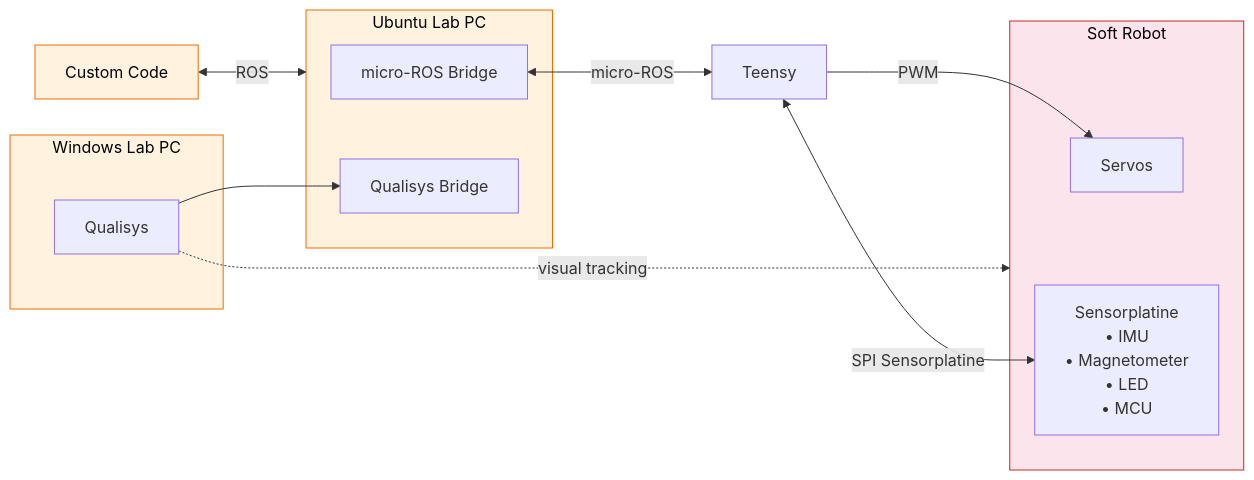
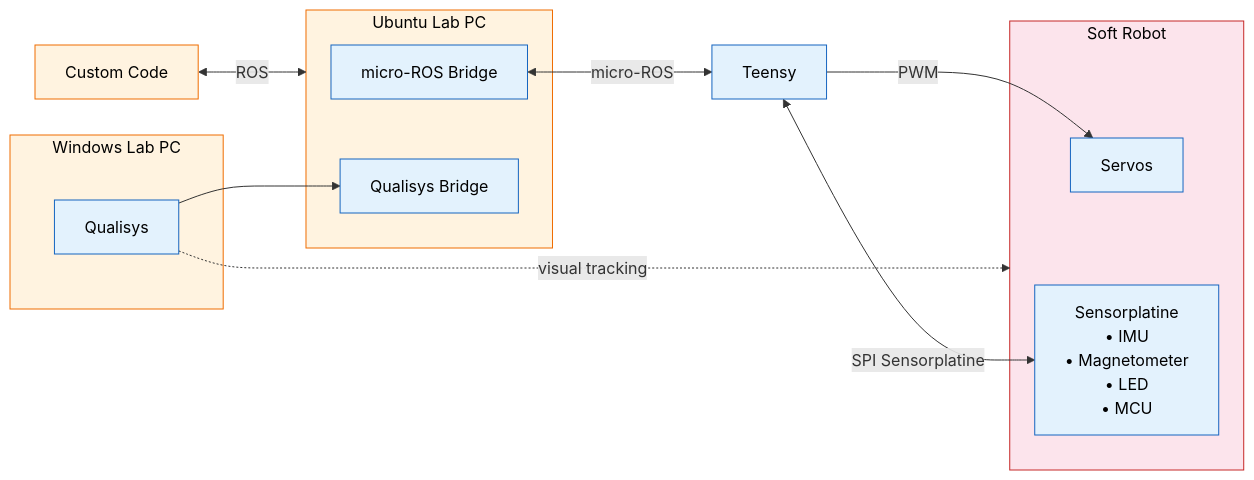
Before and after one commit to SoftRobotics-MuM/docs: the diagram in Sofware/System-Overview.md, drawn with Mermaid. The commit also changed other lines of this file, not shown here.

````diff
--- a/Sofware/System-Overview.md
+++ b/Sofware/System-Overview.md
@@ -5,38 +5,39 @@
 ```mermaid
 flowchart LR
 
     Custom["Custom Code"]
 
     subgraph Ubuntu["Ubuntu Lab PC"]
         MicroROS["micro-ROS Bridge"]
         QualisysBridge["Qualisys Bridge"]
     end
 
     Teensy["Teensy"]
 
     subgraph Robot["Soft Robot"]
         Servos["Servos"]
         SensorBoard["Sensorplatine<br/>• IMU<br/>• Magnetometer<br/>• LED<br/>• MCU"]
     end
 
     subgraph Windows["Windows Lab PC"]
         Qualisys["Qualisys"]
     end
 
     Custom <-->|ROS| Ubuntu
     MicroROS <-->|micro-ROS| Teensy
 
 
     Teensy -->|PWM| Servos
     Teensy <-->|"SPI" Sensorplatine| SensorBoard
 
     Qualisys --> QualisysBridge
     Qualisys -.-> |visual tracking| Robot
 
 classDef Blau fill:#e3f2fd,stroke:#1565c0,color:#000;
 classDef Gelb fill:#fff3e0,stroke:#ef6c00,color:#000;
 classDef Rot fill:#fce4ec,stroke:#c62828,color:#000;
 
 class Robot Rot;
 class Custom,Windows,Ubuntu Gelb;
+class MicroROS,QualisysBridge,Teensy,Servos,SensorBoard,Qualisys Blau;
 ```
````
